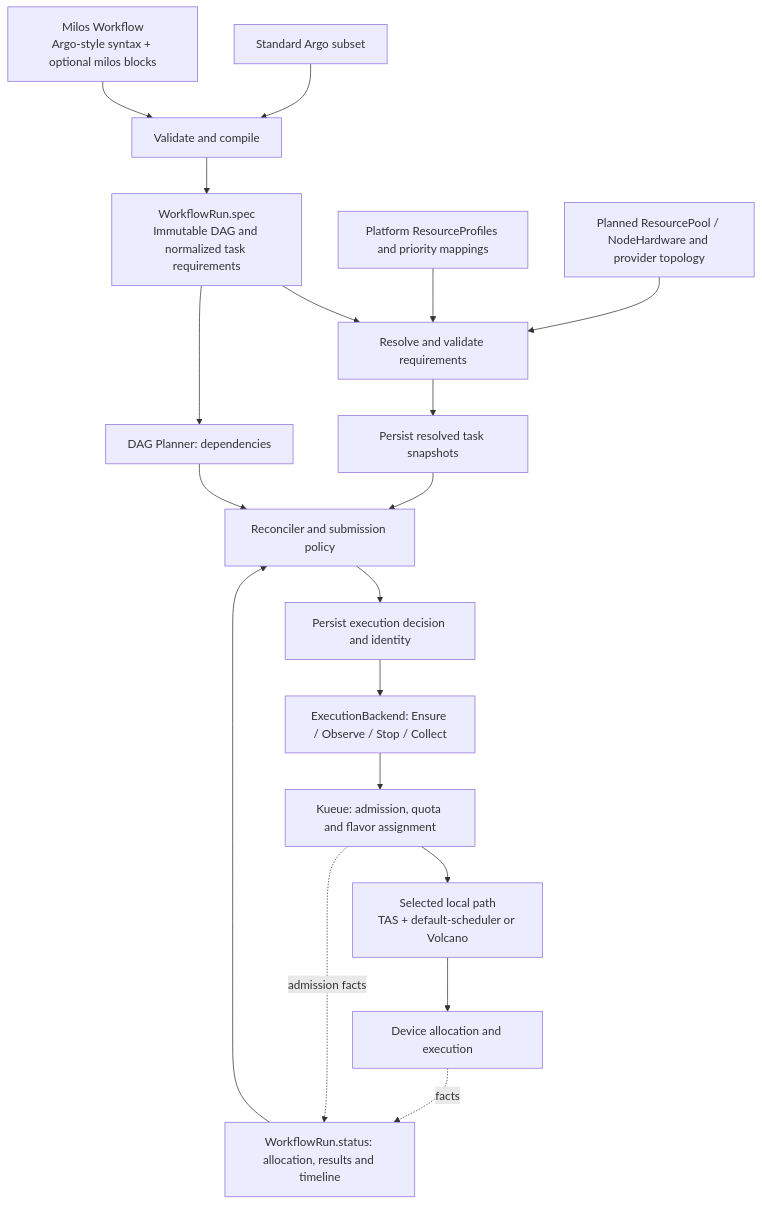
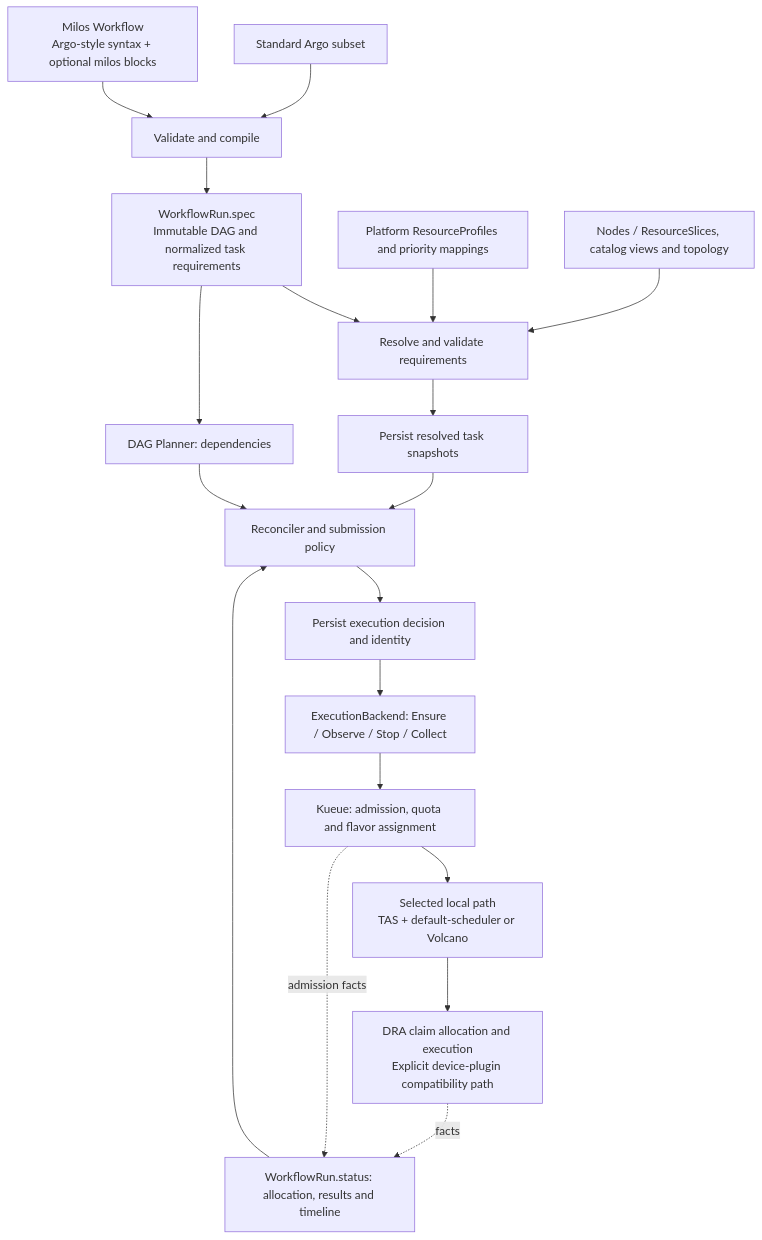
One commit to wsq2333/milos changed the diagram in docs/milos-extensions.md. Above: the diagram before and after it, drawn with Mermaid. The commit also changed other lines of this file and 6 other files, not shown here.

Commit message:
docs: adopt DRA-backed resource design and summarize key features

````diff
--- a/docs/milos-extensions.md
+++ b/docs/milos-extensions.md
@@ -13,21 +13,21 @@
 ```mermaid
 flowchart TD
     A["Standard Argo subset"] --> C["Validate and compile"]
     B["Milos Workflow<br/>Argo-style syntax + optional milos blocks"] --> C
     C --> W["WorkflowRun.spec<br/>Immutable DAG and normalized task requirements"]
     P["Platform ResourceProfiles and priority mappings"] --> R["Resolve and validate requirements"]
-    HWP["Planned ResourcePool / NodeHardware and provider topology"] --> R
+    HWP["Nodes / ResourceSlices, catalog views and topology"] --> R
     W --> R
     R --> S["Persist resolved task snapshots"]
     W --> D["DAG Planner: dependencies"]
     D --> X["Reconciler and submission policy"]
     S --> X
     X --> I["Persist execution decision and identity"]
     I --> E["ExecutionBackend: Ensure / Observe / Stop / Collect"]
     E --> K["Kueue: admission, quota and flavor assignment"]
     K --> V["Selected local path<br/>TAS + default-scheduler or Volcano"]
-    V --> H["Device allocation and execution"]
+    V --> H["DRA claim allocation and execution<br/>Explicit device-plugin compatibility path"]
     H -. facts .-> O["WorkflowRun.status: allocation, results and timeline"]
     K -. admission facts .-> O
     O --> X
 ```
````
